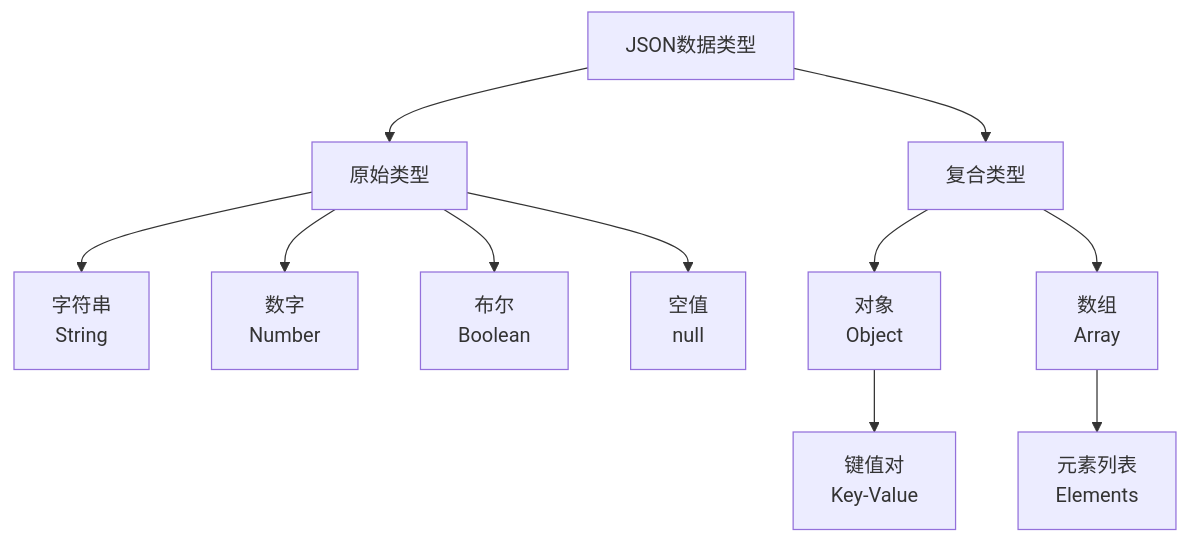
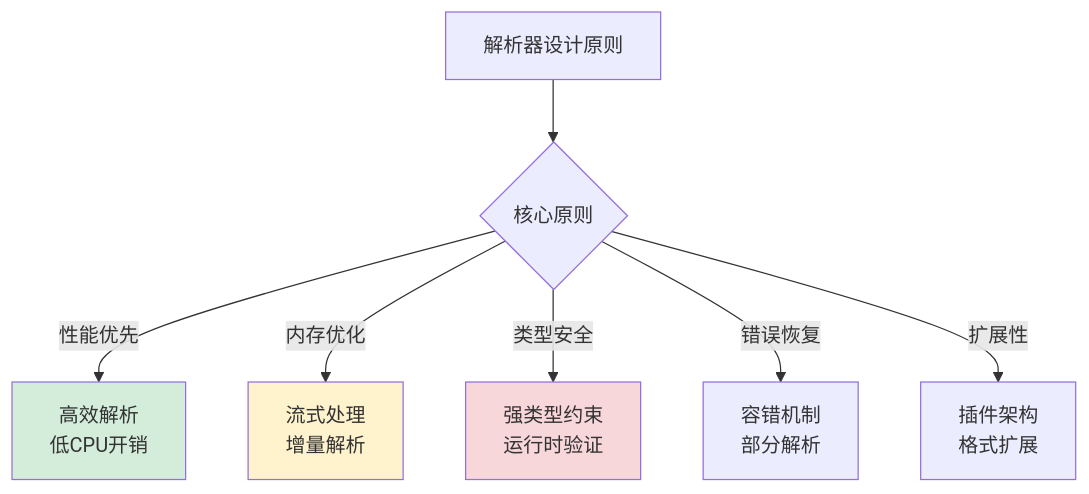
Before and after one commit to chongyang211/YCBookBlog: the fifth of 25 diagrams in 00.通用技术的提升/02.程序编程原理/06.数据解析设计思想.md, drawn with Mermaid. The commit also changed other lines of this file and 28 other files, not shown here.

````diff
--- a/00.通用技术的提升/02.程序编程原理/06.数据解析设计思想.md
+++ b/00.通用技术的提升/02.程序编程原理/06.数据解析设计思想.md
@@ -228,16 +264,13 @@
 ```mermaid
 graph TB
-    JSON[JSON数据类型] --> Primitive[原始类型]
-    JSON --> Composite[复合类型]
+    A[解析器设计原则] --> B{核心原则}
+    B -->|性能优先| C[高效解析<br/>低CPU开销]
+    B -->|内存优化| D[流式处理<br/>增量解析]
+    B -->|类型安全| E[强类型约束<br/>运行时验证]
+    B -->|错误恢复| F[容错机制<br/>部分解析]
+    B -->|扩展性| G[插件架构<br/>格式扩展]
     
-    Primitive --> String[字符串<br/>String]
-    Primitive --> Number[数字<br/>Number]
-    Primitive --> Boolean[布尔<br/>Boolean]
-    Primitive --> Null[空值<br/>null]
-    
-    Composite --> Object[对象<br/>Object]
-    Composite --> Array[数组<br/>Array]
-    
-    Object --> KeyValue[键值对<br/>Key-Value]
-    Array --> Elements[元素列表<br/>Elements]
+    style C fill:#d4edda
+    style D fill:#fff3cd
+    style E fill:#f8d7da
 ```
````
